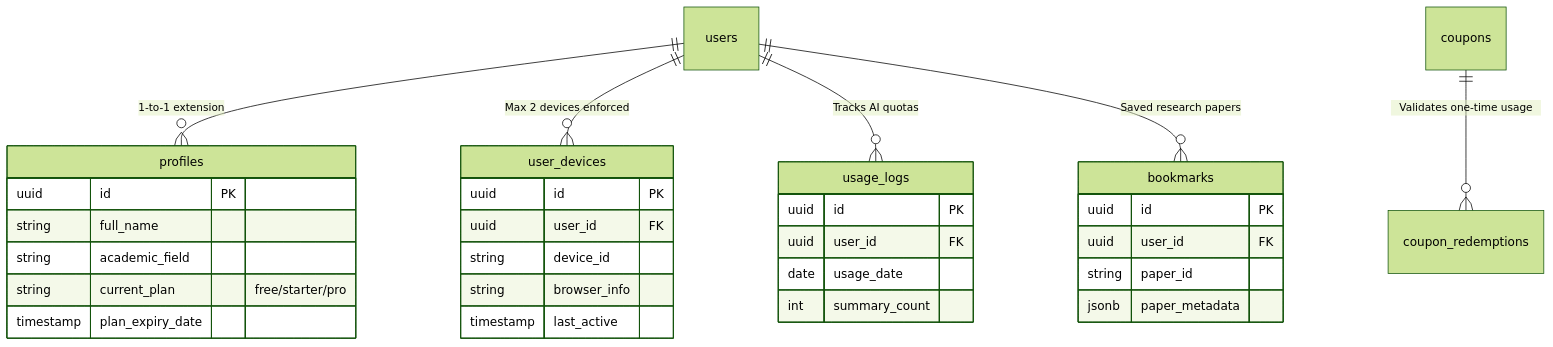
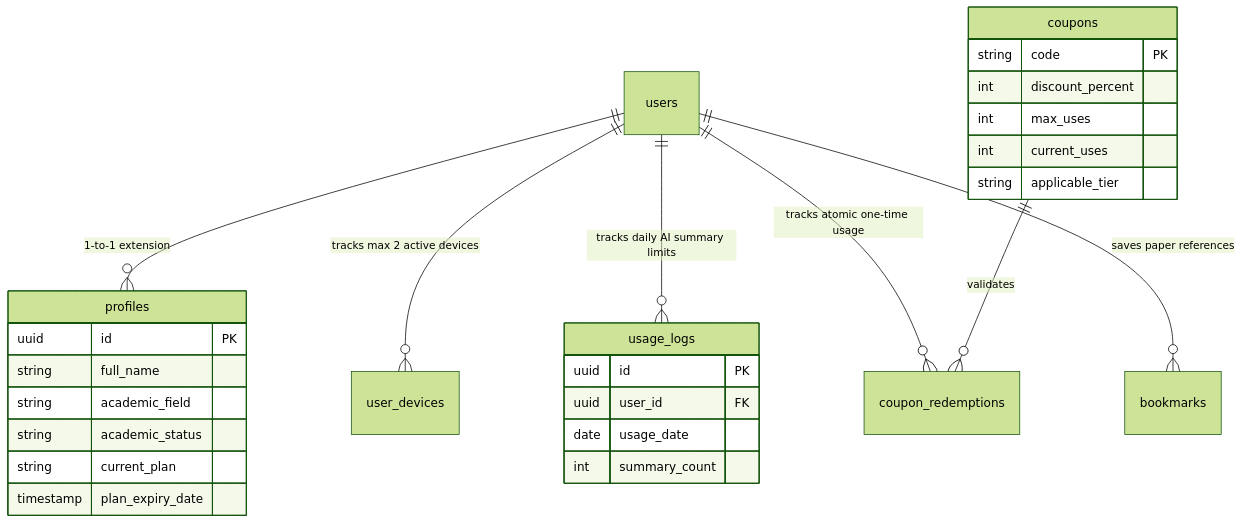
Before and after one commit to CodeWithPritom/ScholarHub-frontend: the sixth of 7 diagrams in SYSTEM_ARCHITECTURE_DEEP_DIVE.md, drawn with Mermaid (forest theme). The commit also changed other lines of this file, not shown here.

Commit message:
Create System Architecture Flow

````diff
--- a/SYSTEM_ARCHITECTURE_DEEP_DIVE.md
+++ b/SYSTEM_ARCHITECTURE_DEEP_DIVE.md
@@ -163,38 +159,33 @@
 ```mermaid
 erDiagram
     users ||--o{ profiles : "1-to-1 extension"
-    users ||--o{ user_devices : "Max 2 devices enforced"
-    users ||--o{ usage_logs : "Tracks AI quotas"
-    users ||--o{ bookmarks : "Saved research papers"
-    coupons ||--o{ coupon_redemptions : "Validates one-time usage"
+    users ||--o{ user_devices : "tracks max 2 active devices"
+    users ||--o{ usage_logs : "tracks daily AI summary limits"
+    users ||--o{ coupon_redemptions : "tracks atomic one-time usage"
+    users ||--o{ bookmarks : "saves paper references"
     
     profiles {
         uuid id PK
         string full_name
         string academic_field
-        string current_plan "free/starter/pro"
+        string academic_status
+        string current_plan
         timestamp plan_expiry_date
-    }
-    
-    user_devices {
-        uuid id PK
-        uuid user_id FK
-        string device_id
-        string browser_info
-        timestamp last_active
     }
     
     usage_logs {
         uuid id PK
         uuid user_id FK
         date usage_date
         int summary_count
     }
     
-    bookmarks {
-        uuid id PK
-        uuid user_id FK
-        string paper_id
-        jsonb paper_metadata
+    coupons ||--o{ coupon_redemptions : "validates"
+    coupons {
+        string code PK
+        int discount_percent
+        int max_uses
+        int current_uses
+        string applicable_tier
     }
 ```
````
